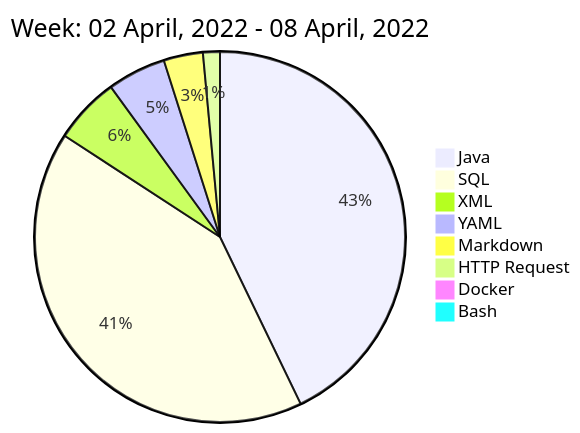
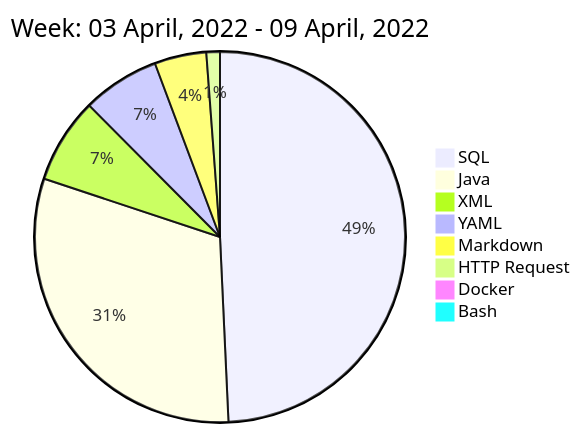
One commit to liubin95/liubin95 changed the diagram in README.md. Above: the diagram before and after it, drawn with Mermaid.

Commit message:
Updated the Graph with new Metrics

````diff
--- a/README.md
+++ b/README.md
@@ -40,12 +40,12 @@
 ```mermaid
  pie
-title Week: 02 April, 2022 - 08 April, 2022
- "Java" : 8.13
- "SQL" : 7.85
- "XML" : 1.1
+title Week: 03 April, 2022 - 09 April, 2022
+ "SQL" : 7.08
+ "Java" : 4.43
+ "XML" : 1.07
  "YAML" : 0.97
  "Markdown" : 0.65
- "HTTP Request" : 0.28
+ "HTTP Request" : 0.17
  "Docker" : 0.07
  "Bash" : 0.03
 ```
````
